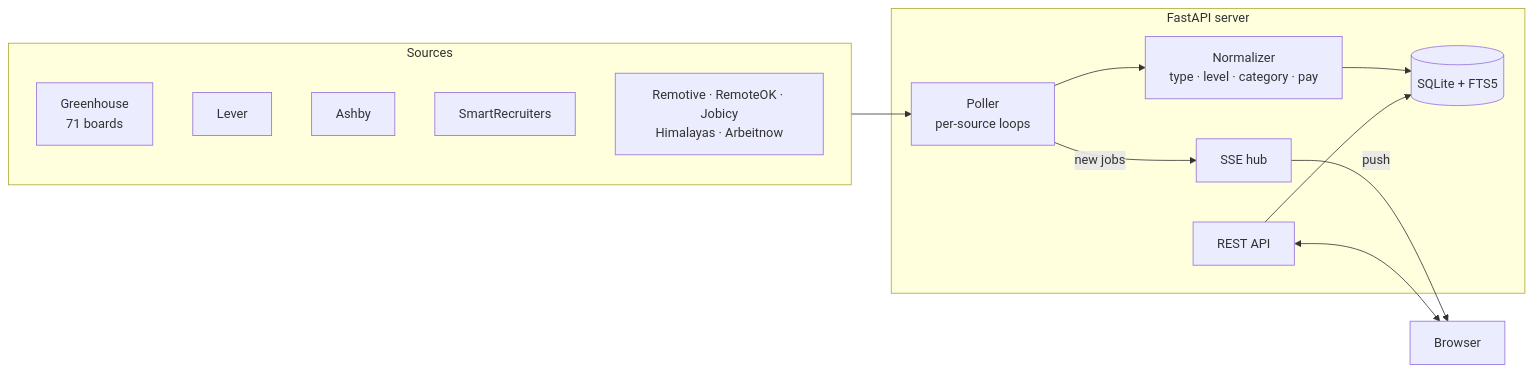
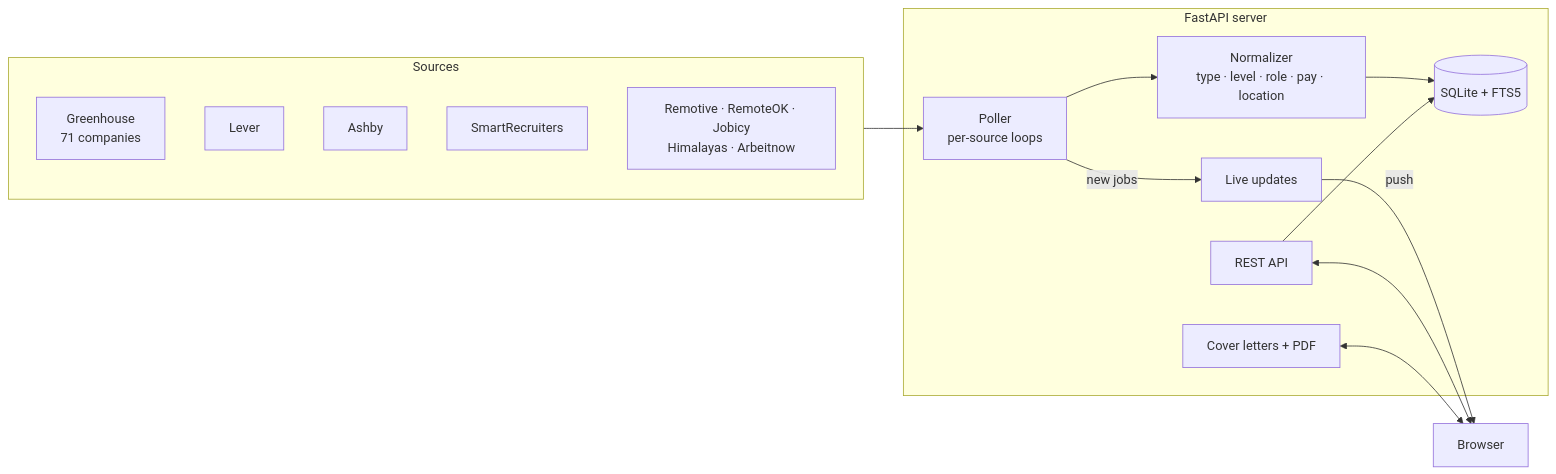
Before and after one commit to Zineddinebouchama/JobRadar: the diagram in README.md, drawn with Mermaid. The commit also changed other lines of this file and 16 other files, not shown here.

````diff
--- a/README.md
+++ b/README.md
@@ -31,19 +39,21 @@
 ```mermaid
 flowchart LR
     subgraph Sources
-        GH[Greenhouse<br/>71 boards]
+        GH[Greenhouse<br/>71 companies]
         LV[Lever]
         AS[Ashby]
         SR[SmartRecruiters]
         JB[Remotive · RemoteOK · Jobicy<br/>Himalayas · Arbeitnow]
     end
     subgraph Server["FastAPI server"]
-        P[Poller<br/>per-source loops] --> N[Normalizer<br/>type · level · category · pay]
+        P[Poller<br/>per-source loops] --> N[Normalizer<br/>type · level · role · pay · location]
         N --> DB[(SQLite + FTS5)]
-        P -- new jobs --> HUB[SSE hub]
+        P -- new jobs --> HUB[Live updates]
         API[REST API] --> DB
+        CL[Cover letters + PDF]
     end
     Sources --> P
     HUB -- push --> B[Browser]
     API <--> B
+    CL <--> B
 ```
````
